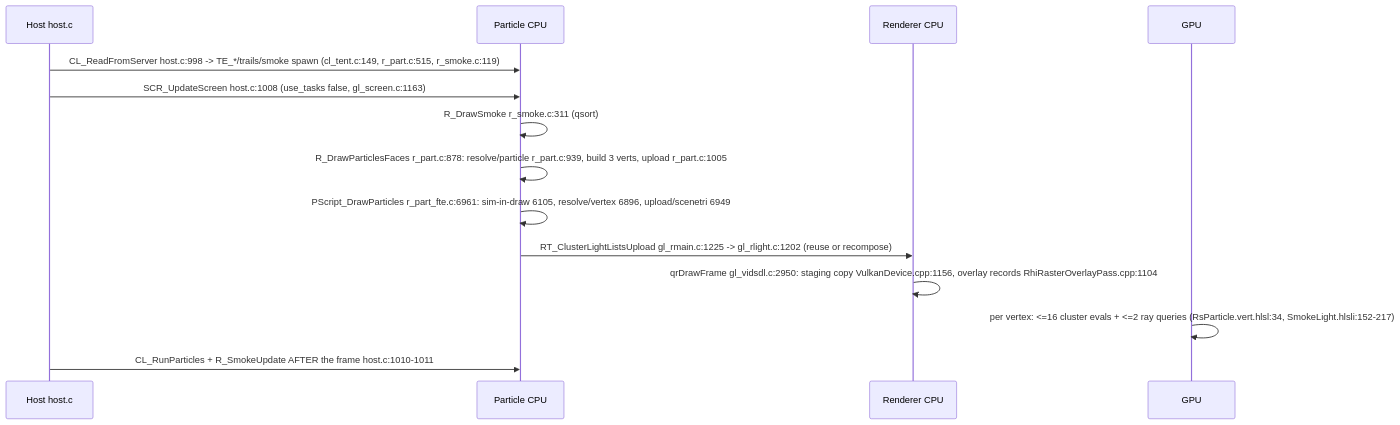
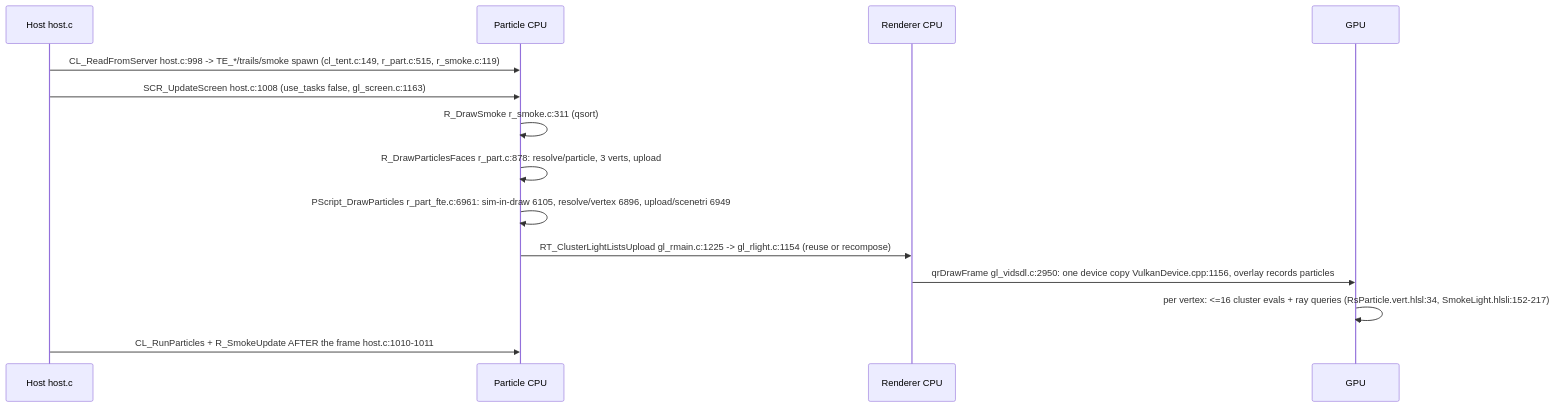
One commit to f1ames0ff/QuakeRay changed the second of 2 diagrams in docs/particle-current.md. Above: the diagram before and after it, drawn with Mermaid. The commit also changed other lines of this file and 3 other files, not shown here.

````diff
--- a/docs/particle-current.md
+++ b/docs/particle-current.md
@@ -65,16 +68,16 @@
 ```mermaid
 sequenceDiagram
   participant H as Host host.c
   participant P as Particle CPU
   participant R as Renderer CPU
   participant V as GPU
   H->>P: CL_ReadFromServer host.c:998 -> TE_*/trails/smoke spawn (cl_tent.c:149, r_part.c:515, r_smoke.c:119)
   H->>P: SCR_UpdateScreen host.c:1008 (use_tasks false, gl_screen.c:1163)
   P->>P: R_DrawSmoke r_smoke.c:311 (qsort)
-  P->>P: R_DrawParticlesFaces r_part.c:878: resolve/particle r_part.c:939, build 3 verts, upload r_part.c:1005
+  P->>P: R_DrawParticlesFaces r_part.c:878: resolve/particle, 3 verts, upload
   P->>P: PScript_DrawParticles r_part_fte.c:6961: sim-in-draw 6105, resolve/vertex 6896, upload/scenetri 6949
-  P->>R: RT_ClusterLightListsUpload gl_rmain.c:1225 -> gl_rlight.c:1202 (reuse or recompose)
-  R->>R: qrDrawFrame gl_vidsdl.c:2950: staging copy VulkanDevice.cpp:1156, overlay records RhiRasterOverlayPass.cpp:1104
-  V->>V: per vertex: <=16 cluster evals + <=2 ray queries (RsParticle.vert.hlsl:34, SmokeLight.hlsli:152-217)
+  P->>R: RT_ClusterLightListsUpload gl_rmain.c:1225 -> gl_rlight.c:1154 (reuse or recompose)
+  R->>V: qrDrawFrame gl_vidsdl.c:2950: one device copy VulkanDevice.cpp:1156, overlay records particles
+  V->>V: per vertex: <=16 cluster evals + ray queries (RsParticle.vert.hlsl:34, SmokeLight.hlsli:152-217)
   H->>P: CL_RunParticles + R_SmokeUpdate AFTER the frame host.c:1010-1011
 ```
````
